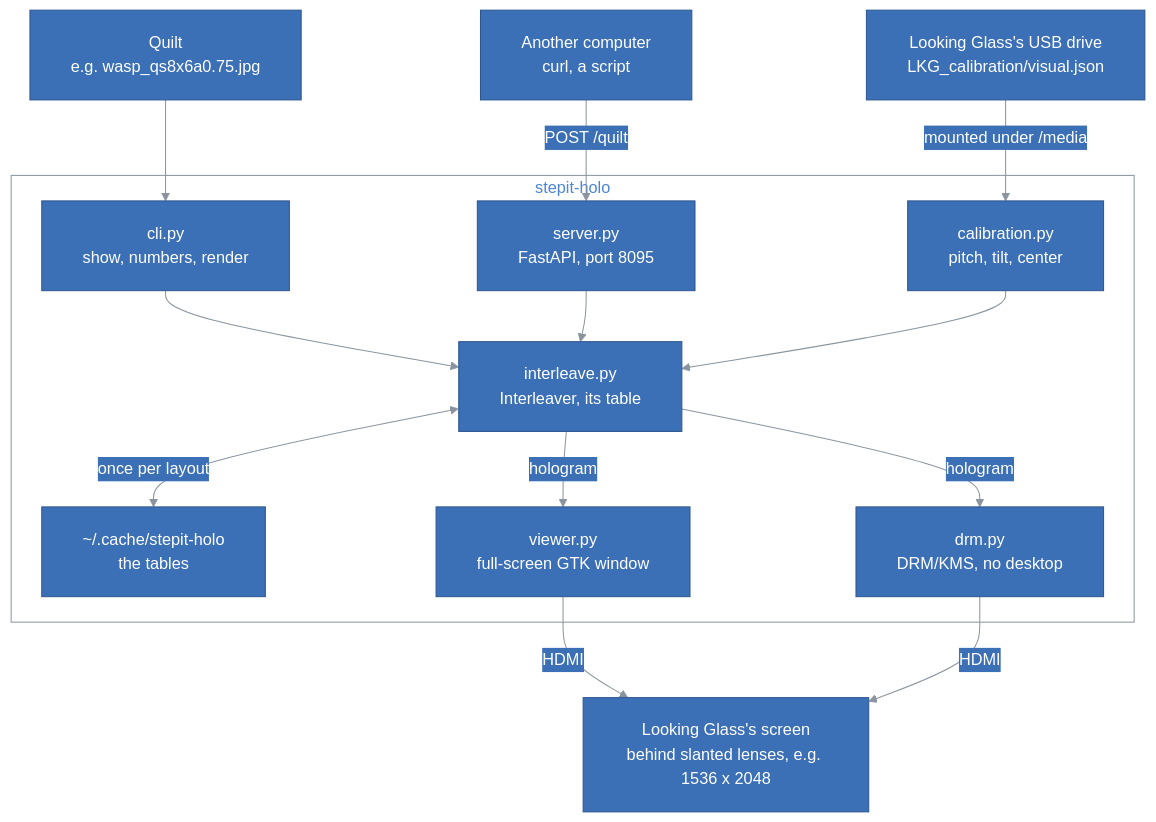
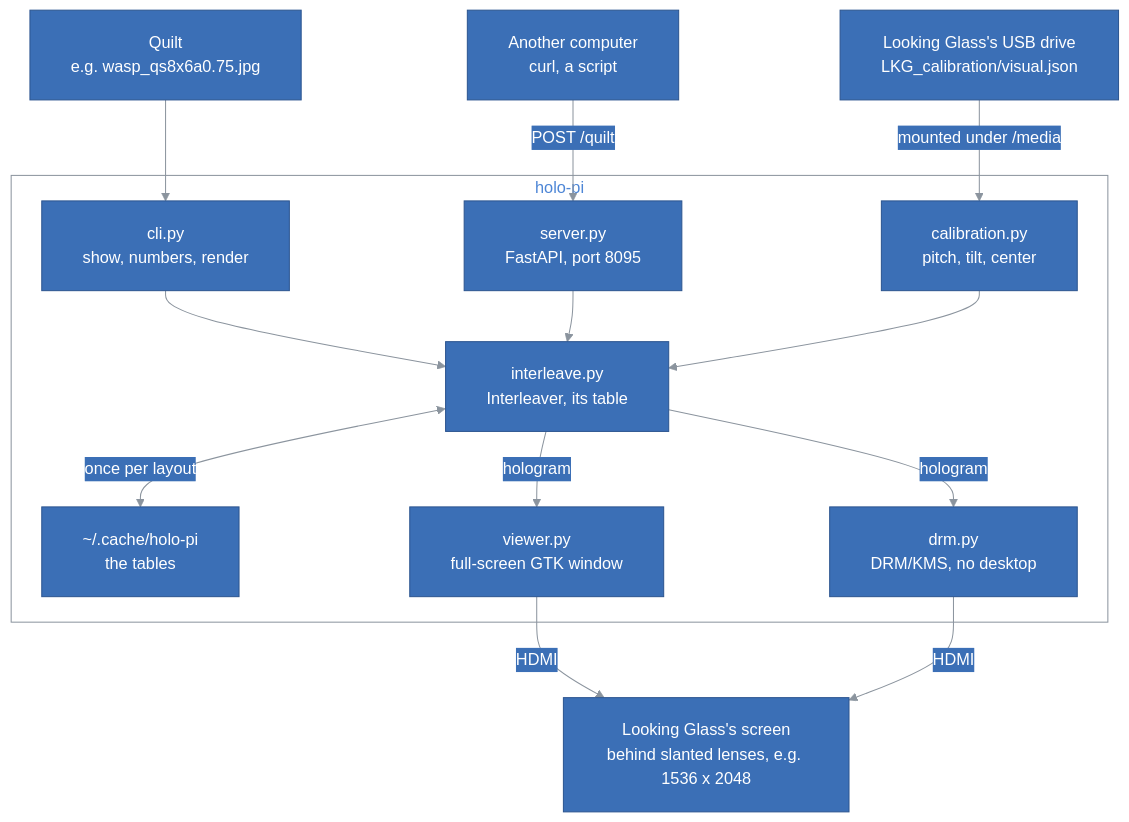
The diagram in docs/ARCHITECTURE.md (kineticsystem/holo-pi), drawn with Mermaid before and after one commit. The commit also changed other lines of this file and 24 other files, not shown here.

```diff
--- a/docs/ARCHITECTURE.md
+++ b/docs/ARCHITECTURE.md
@@ -90,12 +90,12 @@
     Quilt["Quilt<br/>e.g. wasp_qs8x6a0.75.jpg"]
     Client["Another computer<br/>curl, a script"]
     Drive["Looking Glass's USB drive<br/>LKG_calibration/visual.json"]
-    subgraph Holo["stepit-holo"]
+    subgraph Holo["holo-pi"]
         CLI["cli.py<br/>show, numbers, render"]
         Server["server.py<br/>FastAPI, port 8095"]
         Calibration["calibration.py<br/>pitch, tilt, center"]
         Interleaver["interleave.py<br/>Interleaver, its table"]
-        Cache["~/.cache/stepit-holo<br/>the tables"]
+        Cache["~/.cache/holo-pi<br/>the tables"]
         Viewer["viewer.py<br/>full-screen GTK window"]
         DRM["drm.py<br/>DRM/KMS, no desktop"]
     end
```
